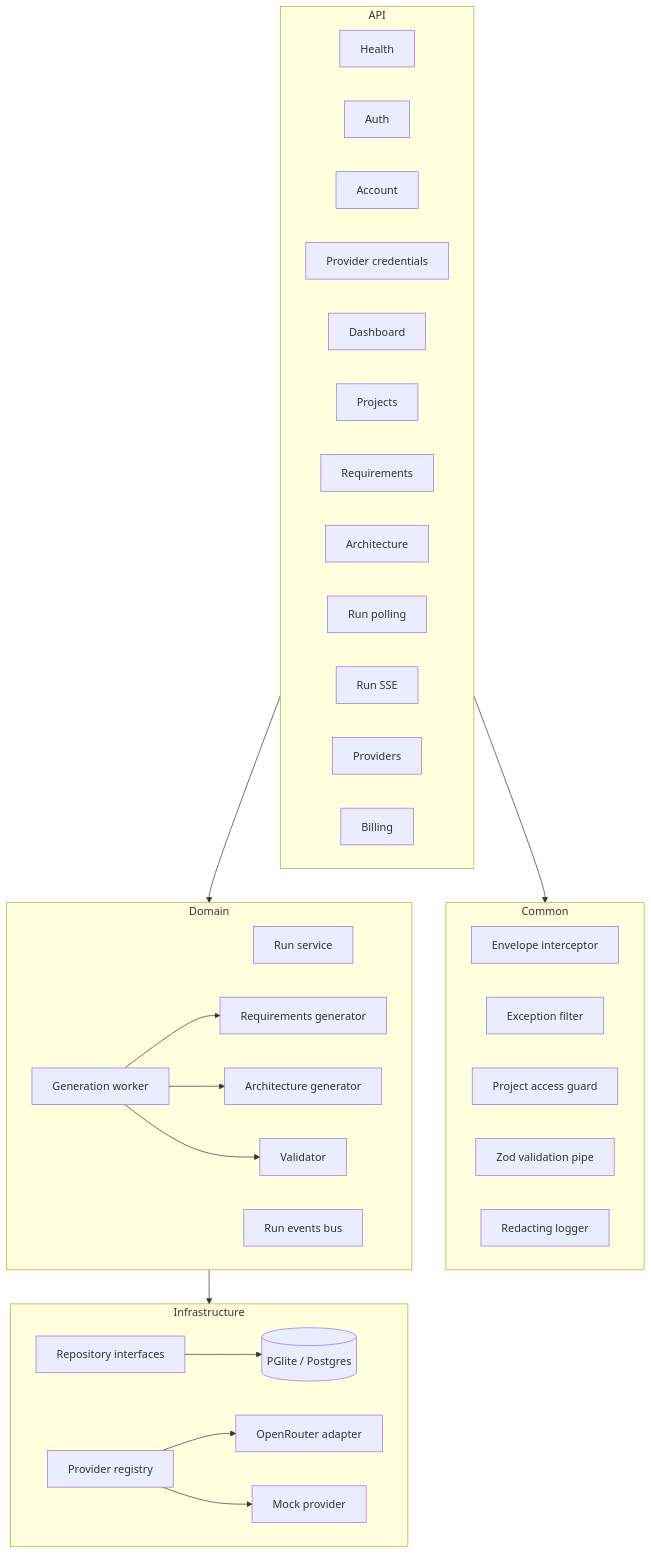
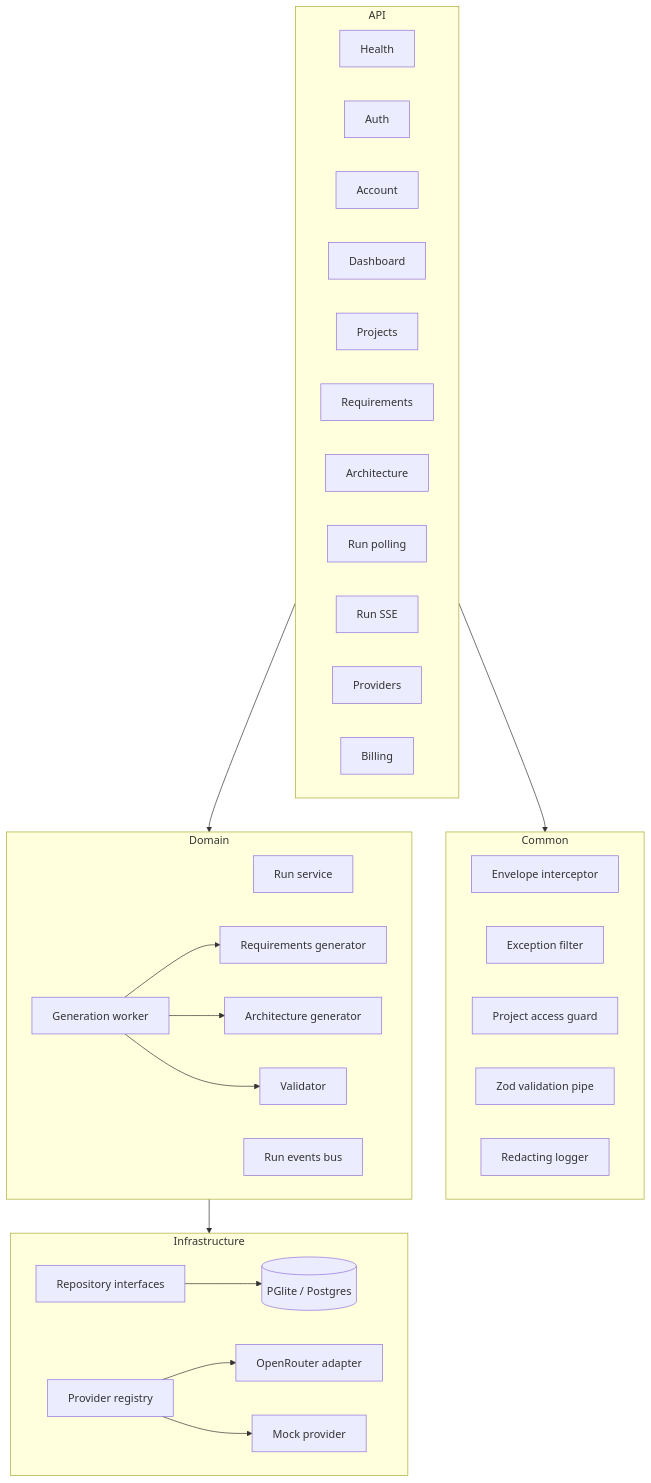
One commit to yogimait/SDA_SystemDesignForAll changed the first of 2 diagrams in backend-server/docs/Architecture.md. Above: the diagram before and after it, drawn with Mermaid. The commit also changed other lines of this file and 96 other files, not shown here.

````diff
--- a/backend-server/docs/Architecture.md
+++ b/backend-server/docs/Architecture.md
@@ -7,52 +7,51 @@
 ```mermaid
 flowchart TB
   subgraph API
     HC[Health]
     AC[Auth]
     ACC[Account]
-    CRED[Provider credentials]
     DASH[Dashboard]
     PC[Projects]
     RC[Requirements]
     ARC[Architecture]
     RNC[Run polling]
     SSE[Run SSE]
     PRC[Providers]
     BIL[Billing]
   end
 
   subgraph Common
     ENV[Envelope interceptor]
     ERR[Exception filter]
     GUARD[Project access guard]
     PIPE[Zod validation pipe]
     LOG[Redacting logger]
   end
 
   subgraph Domain
     RS[Run service]
     RQ[Requirements generator]
     AG[Architecture generator]
     AV[Validator]
     WK[Generation worker]
     RE[Run events bus]
   end
 
   subgraph Infrastructure
     REG[Provider registry]
     OR[OpenRouter adapter]
     MOCK[Mock provider]
     REPO[Repository interfaces]
     DB[(PGlite / Postgres)]
   end
 
   API --> Common
   API --> Domain
   Domain --> Infrastructure
   REPO --> DB
   WK --> RQ
   WK --> AG
   WK --> AV
   REG --> OR
   REG --> MOCK
 ```
````
